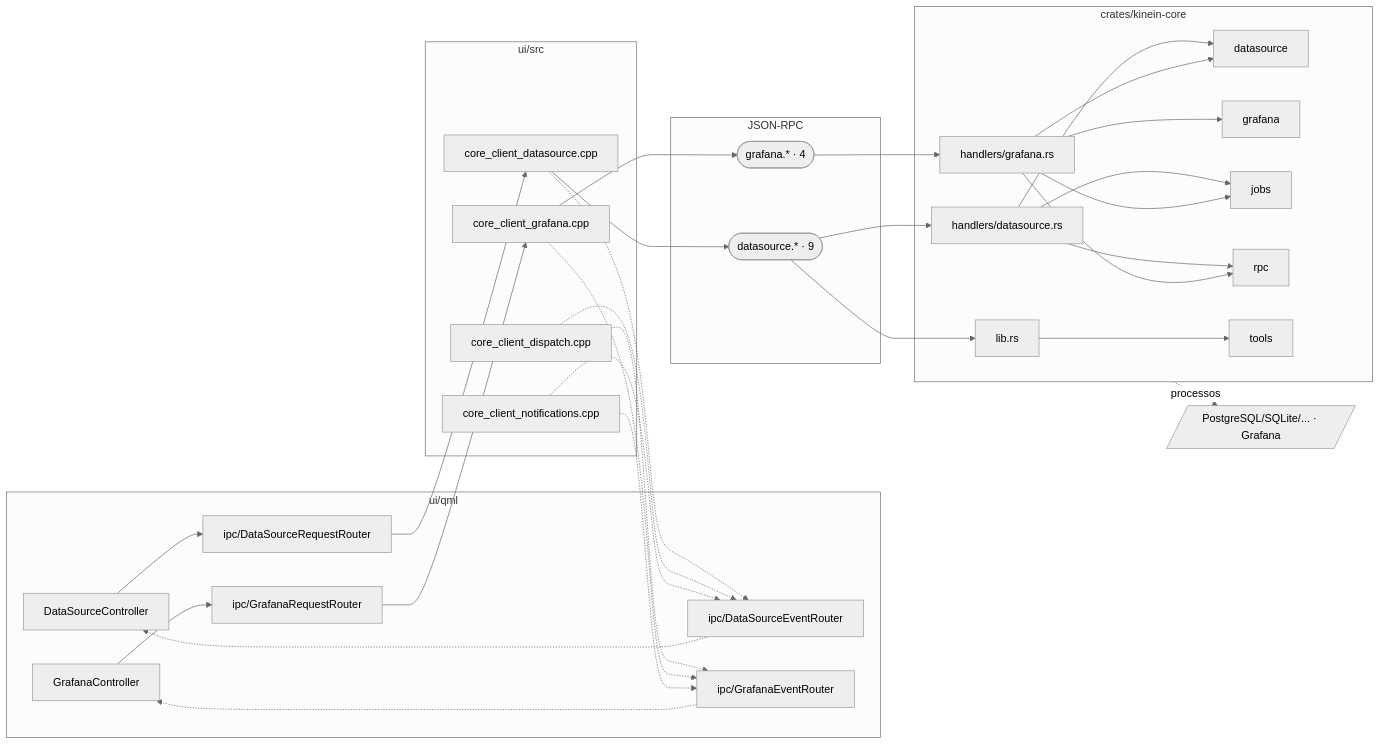
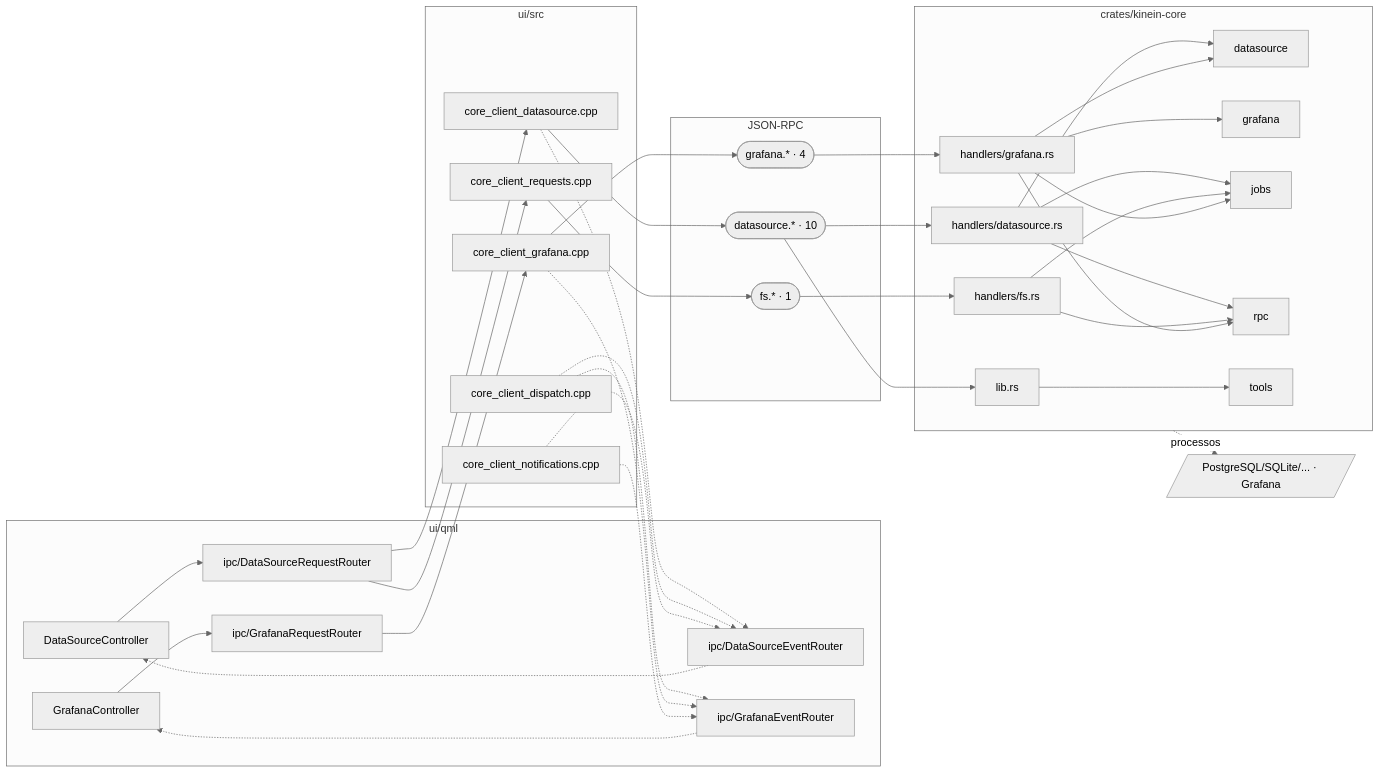
Before and after one commit to ViktorWalde/KineinVectis: diagram 13 of 16 in DocsPublic/arquitetura/01-mapa-de-modulos.md, drawn with Mermaid (neutral theme). The commit also changed other lines of this file and 63 other files, not shown here.

````diff
--- a/DocsPublic/arquitetura/01-mapa-de-modulos.md
+++ b/DocsPublic/arquitetura/01-mapa-de-modulos.md
@@ -1101,58 +1101,66 @@
 ```mermaid
 flowchart LR
   subgraph QML["ui/qml"]
     n_ui_qml_datasource_DataSourceController_qml["DataSourceController"]
     n_ui_qml_grafana_GrafanaController_qml["GrafanaController"]
     n_ui_qml_ipc_DataSourceRequestRouter_qml["ipc/DataSourceRequestRouter"]
     n_ui_qml_ipc_DataSourceEventRouter_qml["ipc/DataSourceEventRouter"]
     n_ui_qml_ipc_GrafanaRequestRouter_qml["ipc/GrafanaRequestRouter"]
     n_ui_qml_ipc_GrafanaEventRouter_qml["ipc/GrafanaEventRouter"]
   end
   subgraph CPP["ui/src"]
     n_ui_src_core_client_datasource_cpp["core_client_datasource.cpp"]
     n_ui_src_core_client_dispatch_cpp["core_client_dispatch.cpp"]
     n_ui_src_core_client_grafana_cpp["core_client_grafana.cpp"]
     n_ui_src_core_client_notifications_cpp["core_client_notifications.cpp"]
+    n_ui_src_core_client_requests_cpp["core_client_requests.cpp"]
   end
   subgraph IPC["JSON-RPC"]
-    n_ipc_datasource(["datasource.* · 9"])
+    n_ipc_datasource(["datasource.* · 10"])
+    n_ipc_fs(["fs.* · 1"])
     n_ipc_grafana(["grafana.* · 4"])
   end
   subgraph CORE["crates/kinein-core"]
     n_crates_kinein_core_src_handlers_datasource_rs["handlers/datasource.rs"]
+    n_crates_kinein_core_src_handlers_fs_rs["handlers/fs.rs"]
     n_crates_kinein_core_src_handlers_grafana_rs["handlers/grafana.rs"]
     n_crates_kinein_core_src_lib_rs["lib.rs"]
     n_core_datasource[datasource]
     n_core_grafana[grafana]
     n_core_jobs[jobs]
     n_core_rpc[rpc]
     n_core_tools[tools]
   end
   n_tools_data[/"PostgreSQL/SQLite/... · Grafana"/]
   n_ui_qml_datasource_DataSourceController_qml --> n_ui_qml_ipc_DataSourceRequestRouter_qml
   n_ui_qml_grafana_GrafanaController_qml --> n_ui_qml_ipc_GrafanaRequestRouter_qml
   n_ui_qml_ipc_DataSourceEventRouter_qml -.-> n_ui_qml_datasource_DataSourceController_qml
   n_ui_qml_ipc_DataSourceRequestRouter_qml --> n_ui_src_core_client_datasource_cpp
+  n_ui_qml_ipc_DataSourceRequestRouter_qml --> n_ui_src_core_client_requests_cpp
   n_ui_qml_ipc_GrafanaEventRouter_qml -.-> n_ui_qml_grafana_GrafanaController_qml
   n_ui_qml_ipc_GrafanaRequestRouter_qml --> n_ui_src_core_client_grafana_cpp
   n_ui_src_core_client_datasource_cpp --> n_ipc_datasource
   n_ui_src_core_client_datasource_cpp -.-> n_ui_qml_ipc_DataSourceEventRouter_qml
   n_ui_src_core_client_dispatch_cpp -.-> n_ui_qml_ipc_DataSourceEventRouter_qml
   n_ui_src_core_client_dispatch_cpp -.-> n_ui_qml_ipc_GrafanaEventRouter_qml
   n_ui_src_core_client_grafana_cpp --> n_ipc_grafana
   n_ui_src_core_client_grafana_cpp -.-> n_ui_qml_ipc_GrafanaEventRouter_qml
   n_ui_src_core_client_notifications_cpp -.-> n_ui_qml_ipc_DataSourceEventRouter_qml
   n_ui_src_core_client_notifications_cpp -.-> n_ui_qml_ipc_GrafanaEventRouter_qml
+  n_ui_src_core_client_requests_cpp --> n_ipc_fs
   n_ipc_datasource --> n_crates_kinein_core_src_handlers_datasource_rs
   n_crates_kinein_core_src_handlers_datasource_rs --> n_core_datasource
   n_crates_kinein_core_src_handlers_datasource_rs --> n_core_jobs
   n_crates_kinein_core_src_handlers_datasource_rs --> n_core_rpc
+  n_ipc_fs --> n_crates_kinein_core_src_handlers_fs_rs
+  n_crates_kinein_core_src_handlers_fs_rs --> n_core_jobs
+  n_crates_kinein_core_src_handlers_fs_rs --> n_core_rpc
   n_ipc_grafana --> n_crates_kinein_core_src_handlers_grafana_rs
   n_crates_kinein_core_src_handlers_grafana_rs --> n_core_datasource
   n_crates_kinein_core_src_handlers_grafana_rs --> n_core_grafana
   n_crates_kinein_core_src_handlers_grafana_rs --> n_core_jobs
   n_crates_kinein_core_src_handlers_grafana_rs --> n_core_rpc
   n_ipc_datasource --> n_crates_kinein_core_src_lib_rs
   n_crates_kinein_core_src_lib_rs --> n_core_tools
   CORE -.->|processos| n_tools_data
 ```
````
